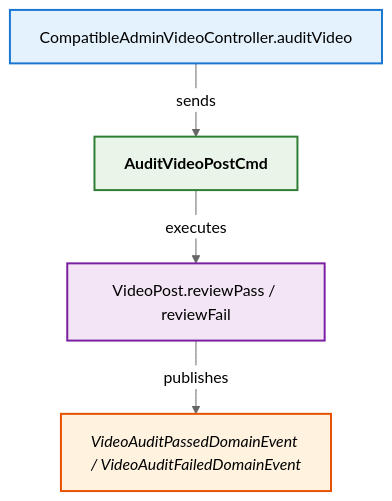
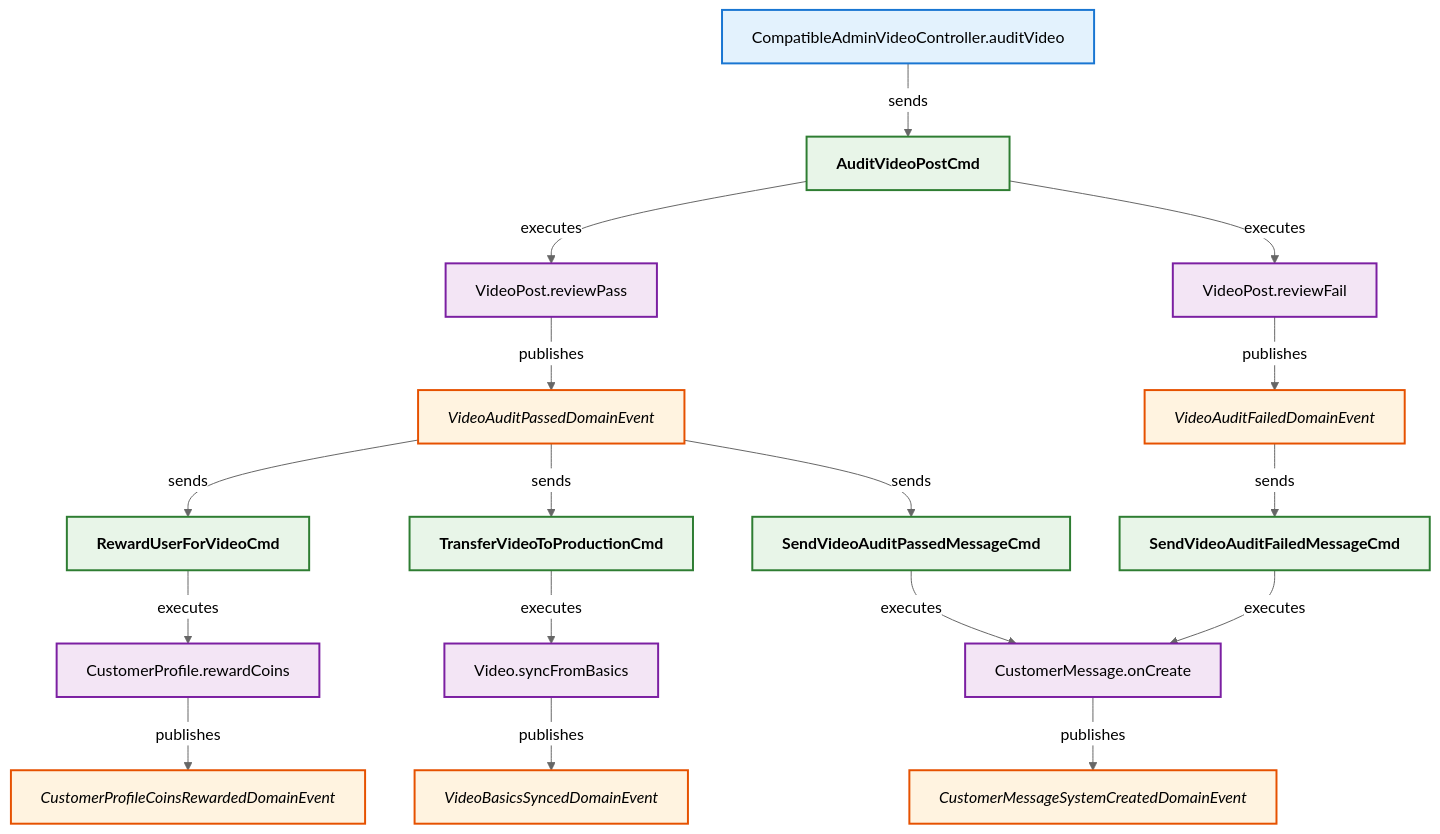
Before and after one commit to LDmoxeii/only-danmuku: the diagram in analysis/CompatibleAdminVideoController_auditVideo.mmd, drawn with Mermaid (neutral theme). The commit also changed 25 other files, not shown here.

```diff
--- a/analysis/CompatibleAdminVideoController_auditVideo.mmd
+++ b/analysis/CompatibleAdminVideoController_auditVideo.mmd
@@ -1,34 +1,86 @@
 flowchart TB
 
     N1["CompatibleAdminVideoController.auditVideo"]
     class N1 controllermethod;
 
     C1["AuditVideoPostCmd"]
     class C1 command;
-    A1["VideoPost.reviewPass / reviewFail"]
+    A1["VideoPost.reviewPass"]
     class A1 entitymethod;
-    E1["VideoAuditPassedDomainEvent / VideoAuditFailedDomainEvent"]
+    A2["VideoPost.reviewFail"]
+    class A2 entitymethod;
+    E1["VideoAuditPassedDomainEvent"]
     class E1 domainevent;
+    E2["VideoAuditFailedDomainEvent"]
+    class E2 domainevent;
+
+    %% Passed branch follow-ups
+    CC1["RewardUserForVideoCmd"]
+    class CC1 command;
+    AP1["CustomerProfile.rewardCoins"]
+    class AP1 entitymethod;
+    EP1["CustomerProfileCoinsRewardedDomainEvent"]
+    class EP1 domainevent;
+
+    CC2["TransferVideoToProductionCmd"]
+    class CC2 command;
+    AV1["Video.syncFromBasics"]
+    class AV1 entitymethod;
+    EV1["VideoBasicsSyncedDomainEvent"]
+    class EV1 domainevent;
+
+    CC3["SendVideoAuditPassedMessageCmd"]
+    class CC3 command;
+
+    %% Failed branch follow-ups
+    CC4["SendVideoAuditFailedMessageCmd"]
+    class CC4 command;
+
+    AM1["CustomerMessage.onCreate"]
+    class AM1 entitymethod;
+    EM1["CustomerMessageSystemCreatedDomainEvent"]
+    class EM1 domainevent;
 
     %% Relationships
     N1 -->|sends| C1
     C1 -->|executes| A1
+    C1 -->|executes| A2
     A1 -->|publishes| E1
+    A2 -->|publishes| E2
+
+    %% Passed branch relationships
+    E1 -->|sends| CC1
+    E1 -->|sends| CC2
+    E1 -->|sends| CC3
+
+    CC1 -->|executes| AP1
+    AP1 -->|publishes| EP1
+
+    CC2 -->|executes| AV1
+    AV1 -->|publishes| EV1
+
+    CC3 -->|executes| AM1
+
+    %% Failed branch relationships
+    E2 -->|sends| CC4
+    CC4 -->|executes| AM1
+
+    AM1 -->|publishes| EM1
 
     %% Styles
     classDef controller fill:#e3f2fd,stroke:#1565c0,stroke-width:2px,font-weight:bold;
     classDef controllermethod fill:#e3f2fd,stroke:#1976d2,stroke-width:2px;
     classDef endpoint fill:#e3f2fd,stroke:#42a5f5,stroke-width:2px;
     classDef commandsender fill:#e3f2fd,stroke:#1565c0,stroke-width:2px,font-style:italic;
     classDef commandsendermethod fill:#e3f2fd,stroke:#1976d2,stroke-width:2px,font-style:italic;
     classDef command fill:#e8f5e8,stroke:#2e7d32,stroke-width:2px,font-weight:bold;
     classDef commandhandler fill:#e8f5e8,stroke:#388e3c,stroke-width:2px,font-weight:bold;
     classDef aggregate fill:#fff8e1,stroke:#ff8f00,stroke-width:3px,font-weight:bold;
     classDef entitymethod fill:#f3e5f5,stroke:#7b1fa2,stroke-width:2px;
     classDef domainevent fill:#fff3e0,stroke:#e65100,stroke-width:2px,font-style:italic;
     classDef domaineventhandler fill:#fff3e0,stroke:#ef6c00,stroke-width:2px,font-weight:bold;
     classDef integrationevent fill:#fce4ec,stroke:#880e4f,stroke-width:2px;
     classDef integrationeventhandler fill:#fce4ec,stroke:#ad1457,stroke-width:2px,font-weight:bold;
     classDef integrationeventconverter fill:#e3f2fd,stroke:#0277bd,stroke-width:2px;
     classDef repo fill:#d6dbdf,stroke:#85929e,stroke-width:2px;
     classDef uow fill:#f2f4f4,stroke:#7f8c8d,stroke-width:2px;
```
